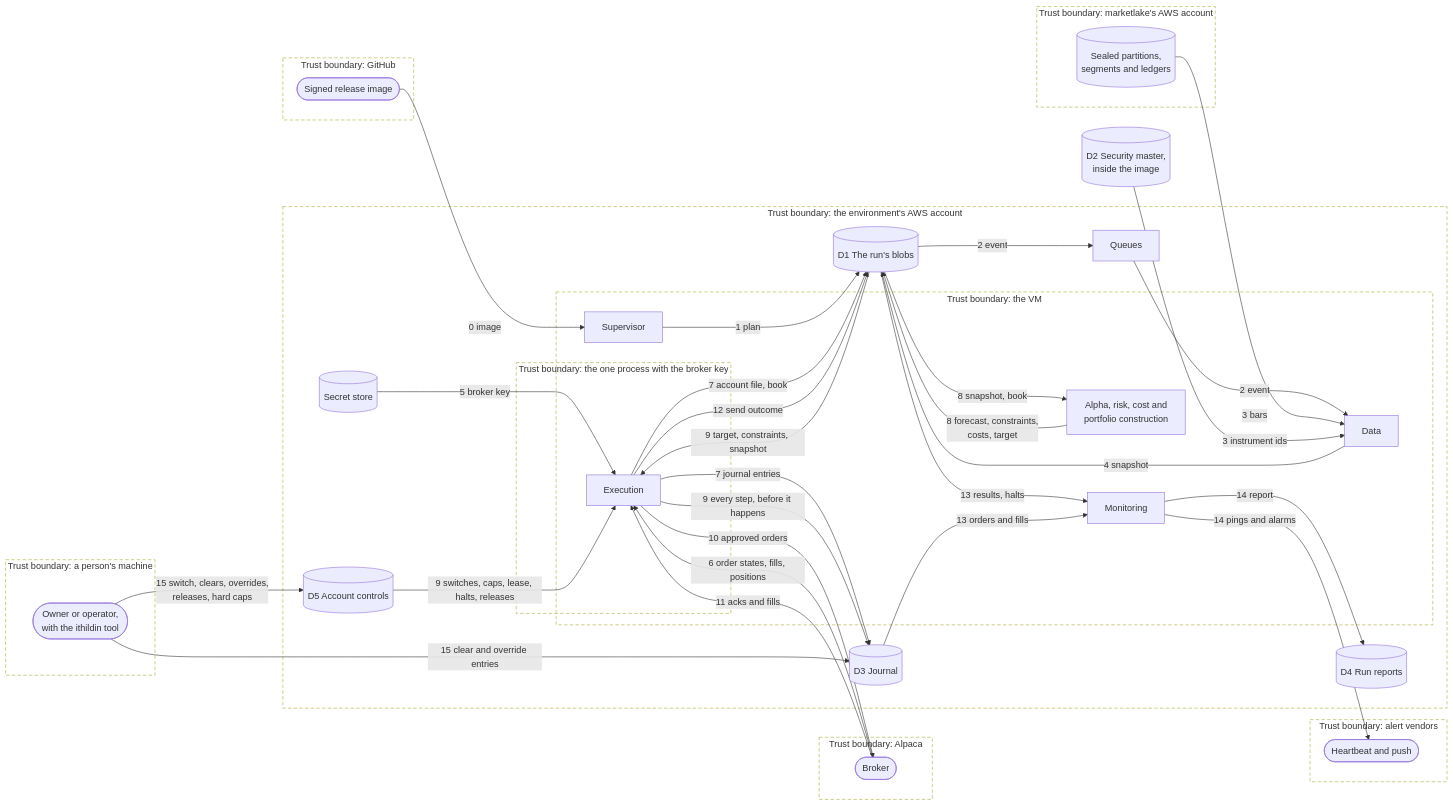
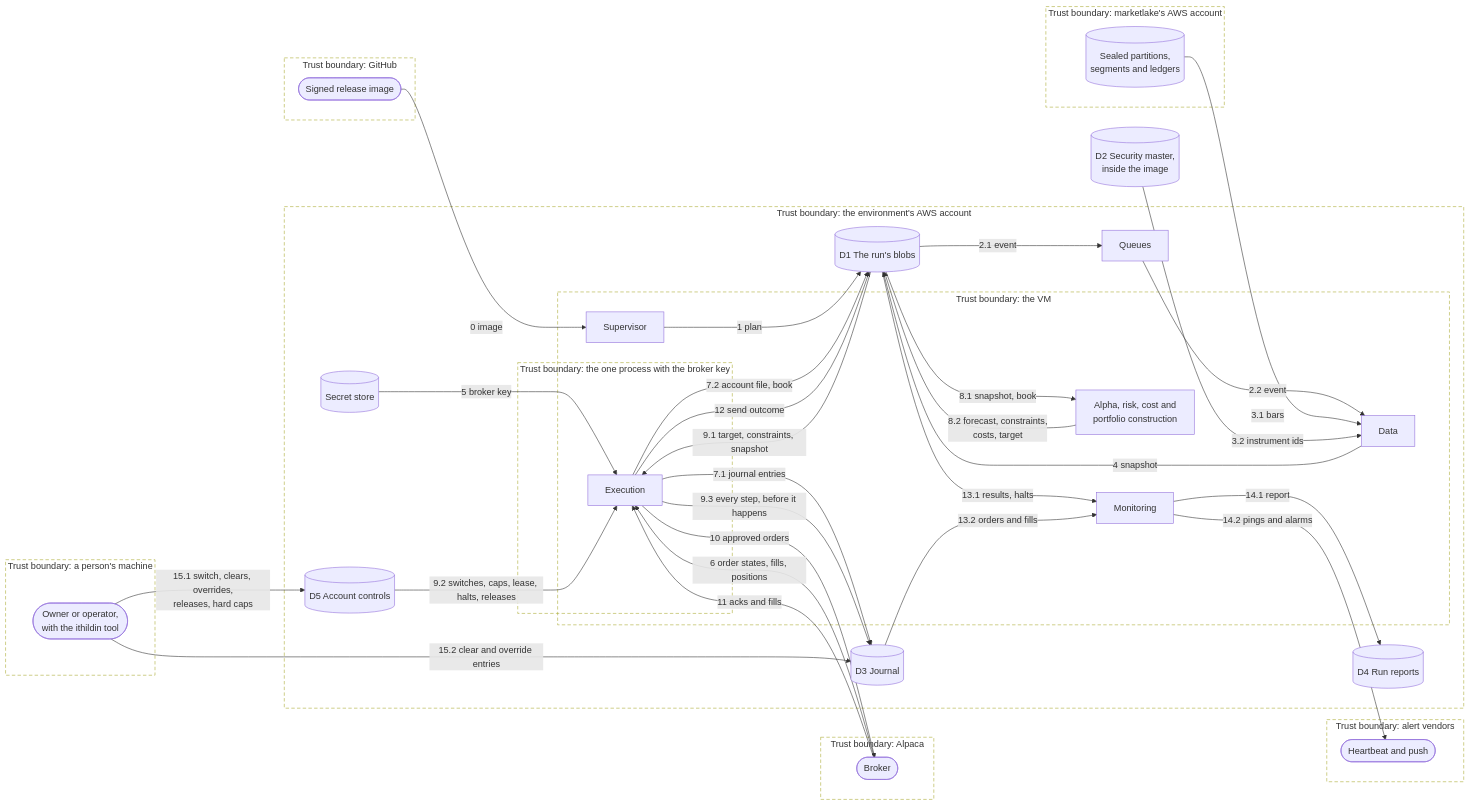
One commit to l3a0/ithildin-runtime changed diagram 12 of 25 in docs/architecture.md. Above: the diagram before and after it, drawn with Mermaid. The commit also changed other lines of this file and 1 other file, not shown here.

Commit message:
docs: sub-number the data flow's arrows and finish moving the drills
Each arrow now has its own number, so the table of crossings can name it.

````diff
--- a/docs/architecture.md
+++ b/docs/architecture.md
@@ -663,65 +663,65 @@
 ```mermaid
 flowchart LR
     subgraph tb_person["Trust boundary: a person's machine"]
         person(["Owner or operator,<br/>with the ithildin tool"])
     end
     subgraph tb_github["Trust boundary: GitHub"]
         registry(["Signed release image"])
     end
     subgraph tb_marketlake["Trust boundary: marketlake's AWS account"]
         lake[("Sealed partitions,<br/>segments and ledgers")]
     end
     subgraph tb_broker["Trust boundary: Alpaca"]
         brokerx(["Broker"])
     end
     subgraph tb_alert["Trust boundary: alert vendors"]
         alert(["Heartbeat and push"])
     end
     subgraph tb_account["Trust boundary: the environment's AWS account"]
         subgraph tb_vm["Trust boundary: the VM"]
             sup["Supervisor"]
             data["Data"]
             models["Alpha, risk, cost and<br/>portfolio construction"]
             mon["Monitoring"]
             subgraph tb_exec["Trust boundary: the one process with the broker key"]
                 exec["Execution"]
             end
         end
         queue["Queues"]
         secret[("Secret store")]
         d1[("D1 The run's blobs")]
         d3[("D3 Journal")]
         d4[("D4 Run reports")]
         d5[("D5 Account controls")]
     end
     d2[("D2 Security master,<br/>inside the image")]
 
     registry -->|"0 image"| sup
     sup -->|"1 plan"| d1
-    d1 -->|"2 event"| queue
-    queue -->|"2 event"| data
-    lake -->|"3 bars"| data
-    d2 -->|"3 instrument ids"| data
+    d1 -->|"2.1 event"| queue
+    queue -->|"2.2 event"| data
+    lake -->|"3.1 bars"| data
+    d2 -->|"3.2 instrument ids"| data
     data -->|"4 snapshot"| d1
     secret -->|"5 broker key"| exec
     brokerx -->|"6 order states, fills, positions"| exec
-    exec -->|"7 journal entries"| d3
-    exec -->|"7 account file, book"| d1
-    d1 -->|"8 snapshot, book"| models
-    models -->|"8 forecast, constraints,<br/>costs, target"| d1
-    d1 -->|"9 target, constraints, snapshot"| exec
-    d5 -->|"9 switches, caps, lease, halts, releases"| exec
-    exec -->|"9 every step, before it happens"| d3
+    exec -->|"7.1 journal entries"| d3
+    exec -->|"7.2 account file, book"| d1
+    d1 -->|"8.1 snapshot, book"| models
+    models -->|"8.2 forecast, constraints,<br/>costs, target"| d1
+    d1 -->|"9.1 target, constraints, snapshot"| exec
+    d5 -->|"9.2 switches, caps, lease, halts, releases"| exec
+    exec -->|"9.3 every step, before it happens"| d3
     exec -->|"10 approved orders"| brokerx
     brokerx -->|"11 acks and fills"| exec
     exec -->|"12 send outcome"| d1
-    d1 -->|"13 results, halts"| mon
-    d3 -->|"13 orders and fills"| mon
-    mon -->|"14 report"| d4
-    mon -->|"14 pings and alarms"| alert
-    person -->|"15 switch, clears, overrides,<br/>releases, hard caps"| d5
-    person -->|"15 clear and override entries"| d3
+    d1 -->|"13.1 results, halts"| mon
+    d3 -->|"13.2 orders and fills"| mon
+    mon -->|"14.1 report"| d4
+    mon -->|"14.2 pings and alarms"| alert
+    person -->|"15.1 switch, clears, overrides,<br/>releases, hard caps"| d5
+    person -->|"15.2 clear and override entries"| d3
 
     classDef boundary fill:none,stroke-dasharray:6 4
     class tb_person,tb_github,tb_marketlake,tb_broker,tb_alert,tb_account,tb_vm,tb_exec boundary
 ```
````
